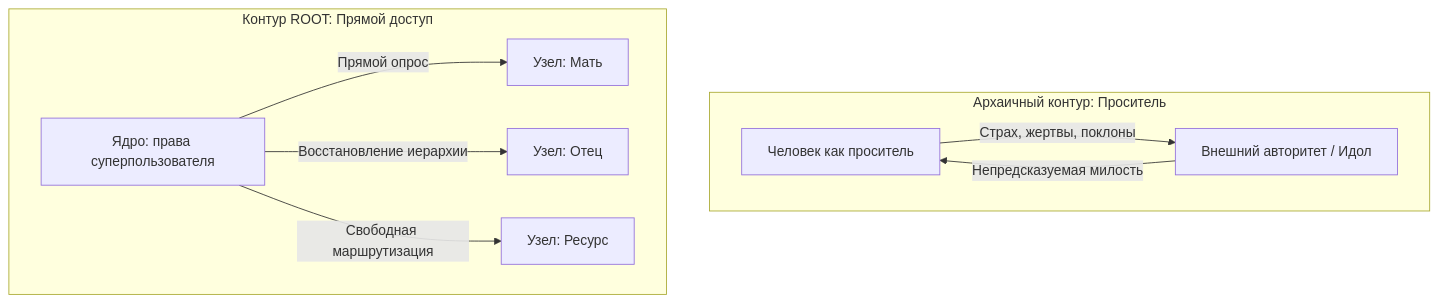
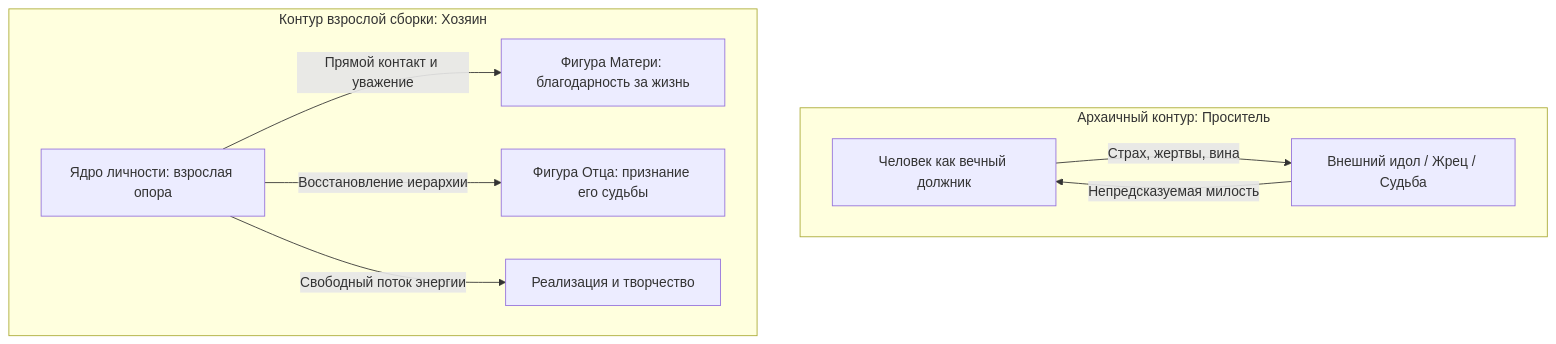
One commit to GTFB/threebooks changed the diagram in root/49-node-assembly-in-network/ru.mdx. Above: the diagram before and after it, drawn with Mermaid. The commit also changed other lines of this file and 40 other files, not shown here.

````diff
--- a/root/49-node-assembly-in-network/ru.mdx
+++ b/root/49-node-assembly-in-network/ru.mdx
@@ -37,12 +39,12 @@
 ```mermaid
 flowchart TB
   subgraph Старая_парадигма["Архаичный контур: Проситель"]
-    C["Человек как проситель"] -->|"Страх, жертвы, поклоны"| S["Внешний авторитет / Идол"]
+    C["Человек как вечный должник"] -->|"Страх, жертвы, вина"| S["Внешний идол / Жрец / Судьба"]
     S -->|"Непредсказуемая милость"| C
   end
-  subgraph Парадигма_ROOT["Контур ROOT: Прямой доступ"]
-    Y["Ядро: права суперпользователя"] -->|"Прямой опрос"| M["Узел: Мать"]
-    Y -->|"Восстановление иерархии"| F["Узел: Отец"]
-    Y -->|"Свободная маршрутизация"| R["Узел: Ресурс"]
+  subgraph Зрелая_парадигма["Контур взрослой сборки: Хозяин"]
+    Y["Ядро личности: взрослая опора"] -->|"Прямой контакт и уважение"| M["Фигура Матери: благодарность за жизнь"]
+    Y -->|"Восстановление иерархии"| F["Фигура Отца: признание его судьбы"]
+    Y -->|"Свободный поток энергии"| R["Реализация и творчество"]
   end
 ```
````
